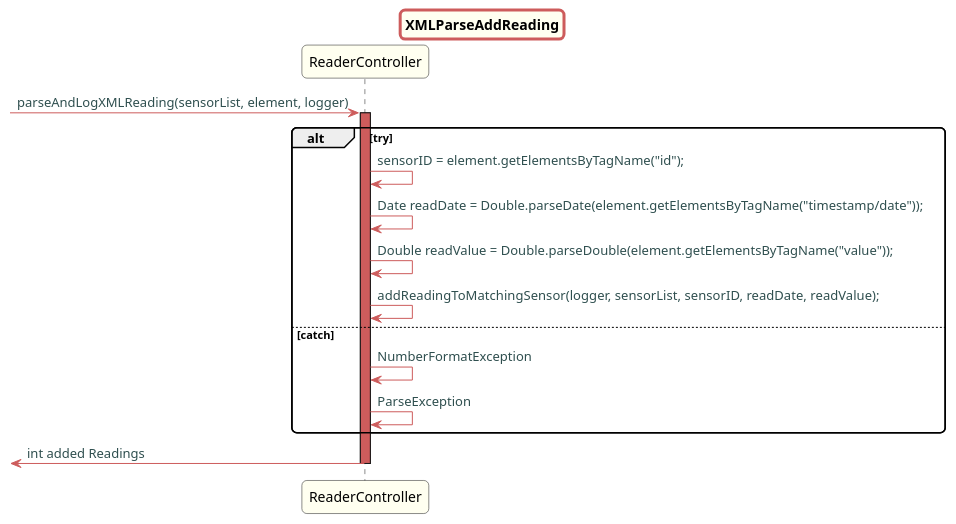
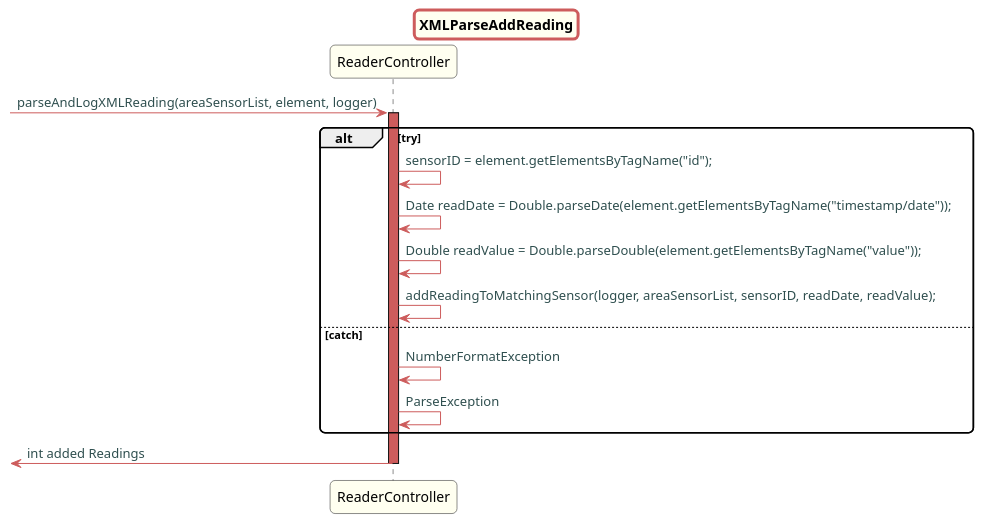
The diagram in src/doc/Controllers/HouseConfiguration/US20v2/XML/XMLParseAddReading.puml (Almadanmp/project), drawn with PlantUML before and after one commit. The commit also changed 39 other files, not shown here.

Commit message:
REF#203 REF#197 renames SensorList to AreaSensorList

```diff
--- a/src/doc/Controllers/HouseConfiguration/US20v2/XML/XMLParseAddReading.puml
+++ b/src/doc/Controllers/HouseConfiguration/US20v2/XML/XMLParseAddReading.puml
@@ -1,45 +1,45 @@
 @startuml
 
 skinparam titleBorderRoundCorner 10
 skinparam titleBorderThickness 3
 skinparam titleBorderColor indianred
 skinparam titleBackgroundColor ivory
 skinparam FontName quicksand
 
 skinparam actor {
  	BorderColor indianred
  	}
 
  skinparam sequence {
  	LifeLineBackgroundColor indianred
  	ParticipantBackgroundColor ivory
  }
 
  skinparam roundcorner 10
 
  skinparam component {
    arrowThickness 1
    ArrowFontName Verdana
    ArrowColor indianred
    ArrowFontColor darkslategrey
  }
 
 
 title XMLParseAddReading
--> ReaderController: parseAndLogXMLReading(sensorList, element, logger)
+-> ReaderController: parseAndLogXMLReading(areaSensorList, element, logger)
 activate ReaderController
 
 alt try
 
 ReaderController -> ReaderController: sensorID = element.getElementsByTagName("id");
 ReaderController -> ReaderController: Date readDate = Double.parseDate(element.getElementsByTagName("timestamp/date"));
 ReaderController -> ReaderController: Double readValue = Double.parseDouble(element.getElementsByTagName("value"));
-ReaderController -> ReaderController: addReadingToMatchingSensor(logger, sensorList, sensorID, readDate, readValue);
+ReaderController -> ReaderController: addReadingToMatchingSensor(logger, areaSensorList, sensorID, readDate, readValue);
 else catch
 ReaderController -> ReaderController: NumberFormatException
 ReaderController -> ReaderController: ParseException
 end
 <- ReaderController: int added Readings
 deactivate ReaderController
 
 @enduml
```
